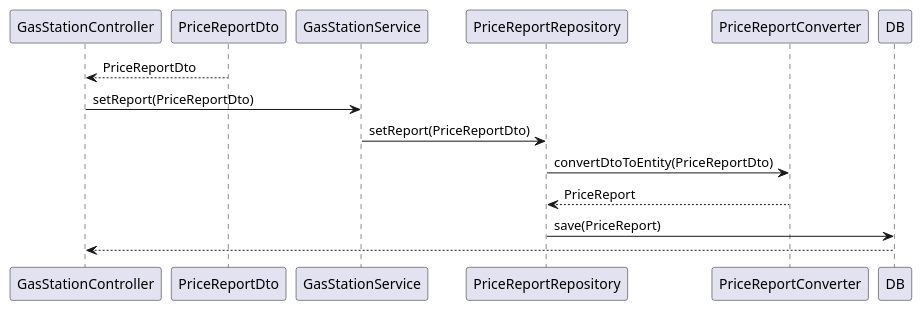
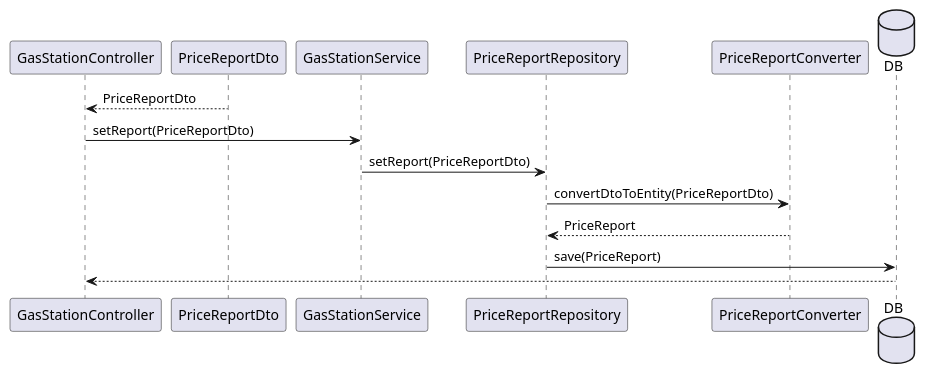
One commit to e-caste/SoftEng-EZGas changed the eighth of 9 diagrams in docs/DesignDocument.md. Above: the diagram before and after it, drawn with PlantUML. The commit also changed other lines of this file, not shown here.

````diff
--- a/docs/DesignDocument.md
+++ b/docs/DesignDocument.md
@@ -752,16 +753,17 @@
 ```plantuml
 @startuml
 
 ' TODO: PriceReportDto does not exist at this time, but is used to represent the list of parameters
 
 GasStationController <-- PriceReportDto: PriceReportDto
 GasStationController -> GasStationService: setReport(PriceReportDto)
 GasStationService -> PriceReportRepository: setReport(PriceReportDto)
 PriceReportRepository -> PriceReportConverter: convertDtoToEntity(PriceReportDto)
 PriceReportConverter --> PriceReportRepository: PriceReport
+database DB
 PriceReportRepository -> DB: save(PriceReport)
 
 DB --> GasStationController
 
 @enduml
 ```
````
